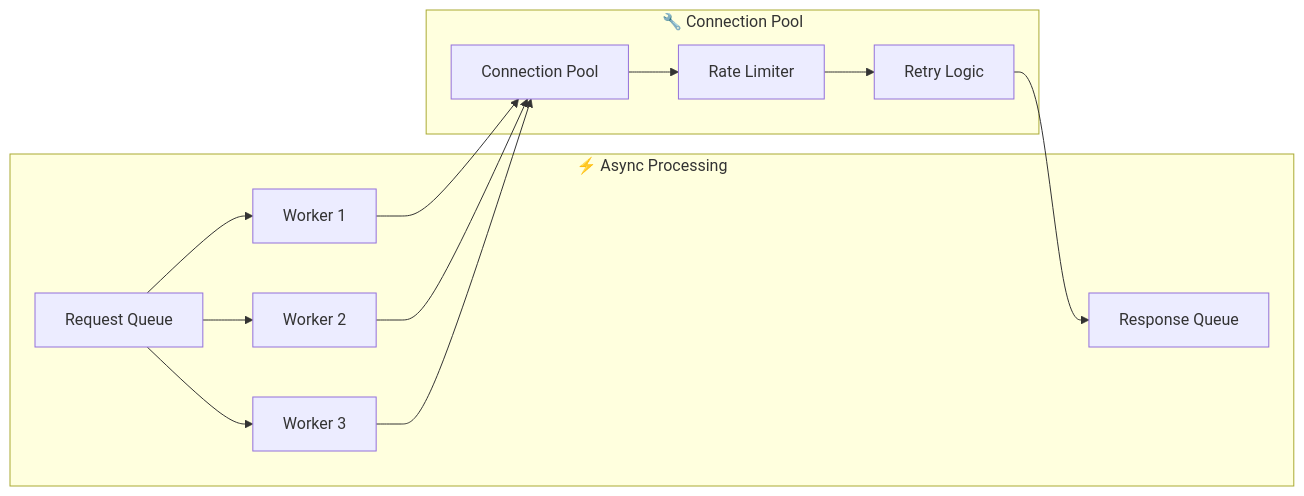
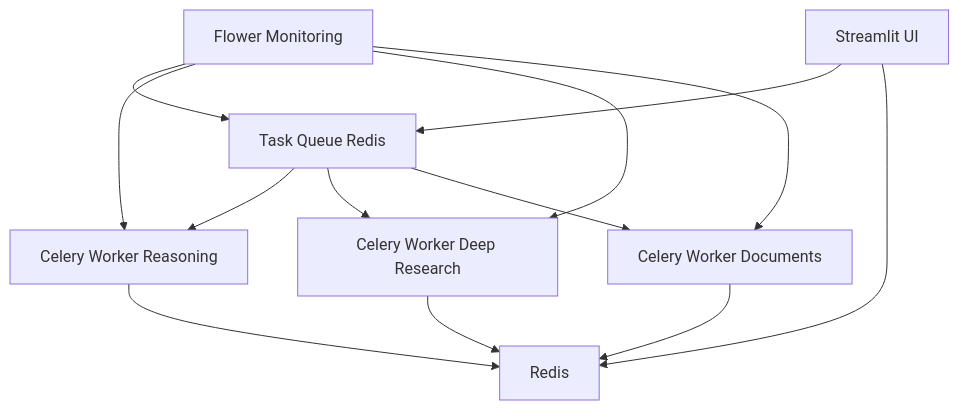
One commit to khaosans/basic-chat changed the ninth of 12 diagrams in docs/ARCHITECTURE.md. Above: the diagram before and after it, drawn with Mermaid. The commit also changed other lines of this file and 21 other files, not shown here.

First line of the commit message:
feat: Implement background task management with Celery and Redis inte… (#30)

````diff
--- a/docs/ARCHITECTURE.md
+++ b/docs/ARCHITECTURE.md
@@ -426,28 +428,23 @@
 ```mermaid
-graph LR
-    subgraph "⚡ Async Processing"
-        REQ[Request Queue]
-        WORKER1[Worker 1]
-        WORKER2[Worker 2]
-        WORKER3[Worker 3]
-        RESP[Response Queue]
-    end
-    
-    subgraph "🔧 Connection Pool"
-        POOL[Connection Pool]
-        LIMITER[Rate Limiter]
-        RETRY[Retry Logic]
-    end
-    
-    REQ --> WORKER1
-    REQ --> WORKER2
-    REQ --> WORKER3
-    
-    WORKER1 --> POOL
-    WORKER2 --> POOL
-    WORKER3 --> POOL
-    
-    POOL --> LIMITER
-    LIMITER --> RETRY
-    RETRY --> RESP
+graph TD
+    UI[Streamlit UI]
+    TASKQ[Task Queue Redis]
+    WORKER1[Celery Worker Reasoning]
+    WORKER2[Celery Worker Deep Research]
+    WORKER3[Celery Worker Documents]
+    FLOWER[Flower Monitoring]
+    REDIS[Redis]
+
+    UI --> TASKQ
+    TASKQ --> WORKER1
+    TASKQ --> WORKER2
+    TASKQ --> WORKER3
+    WORKER1 --> REDIS
+    WORKER2 --> REDIS
+    WORKER3 --> REDIS
+    FLOWER --> TASKQ
+    FLOWER --> WORKER1
+    FLOWER --> WORKER2
+    FLOWER --> WORKER3
+    UI --> REDIS
 ```
````
